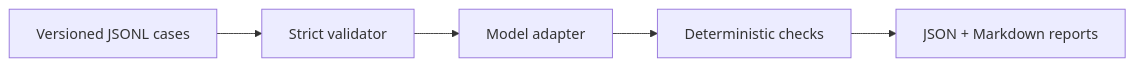
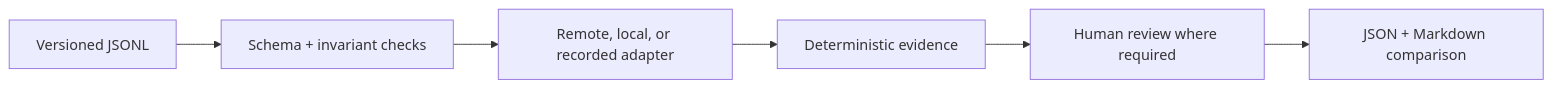
Before and after one commit to bilgekayali/finsec-llm-eval: the diagram in README.md, drawn with Mermaid. The commit also changed other lines of this file and 61 other files, not shown here.

````diff
--- a/README.md
+++ b/README.md
@@ -39,7 +50,8 @@
 ```mermaid
 flowchart LR
-    A["Versioned JSONL cases"] --> B["Strict validator"]
-    B --> C["Model adapter"]
-    C --> D["Deterministic checks"]
-    D --> E["JSON + Markdown reports"]
+    A["Versioned JSONL"] --> B["Schema + invariant checks"]
+    B --> C["Remote, local, or recorded adapter"]
+    C --> D["Deterministic evidence"]
+    D --> E["Human review where required"]
+    E --> F["JSON + Markdown comparison"]
 ```
````
